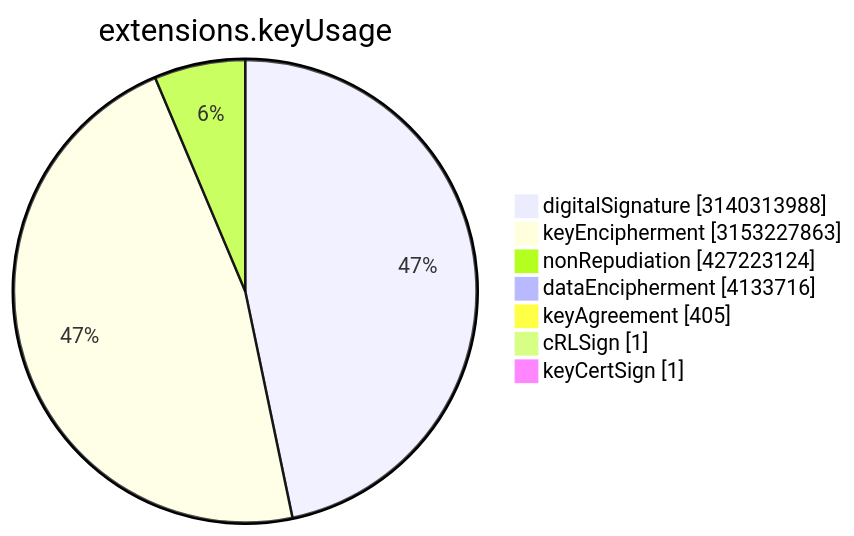
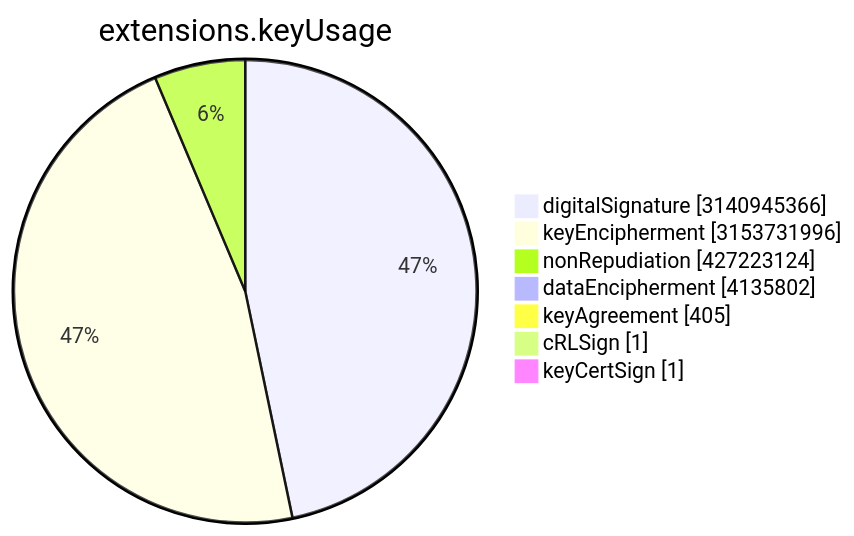
One commit to christiankrug/ctmonitor_visualization changed the sixth of 15 diagrams in TOTAL/README.md. Above: the diagram before and after it, drawn with Mermaid. The commit also changed other lines of this file, not shown here.

````diff
--- a/TOTAL/README.md
+++ b/TOTAL/README.md
@@ -3077,11 +3077,11 @@
 ```mermaid
 pie showData
 title extensions.keyUsage
-"digitalSignature" :3140313988
-"keyEncipherment" :3153227863
+"digitalSignature" :3140945366
+"keyEncipherment" :3153731996
 "nonRepudiation" :427223124
-"dataEncipherment" :4133716
+"dataEncipherment" :4135802
 "keyAgreement" :405
 "cRLSign" :1
 "keyCertSign" :1
 ```
````
